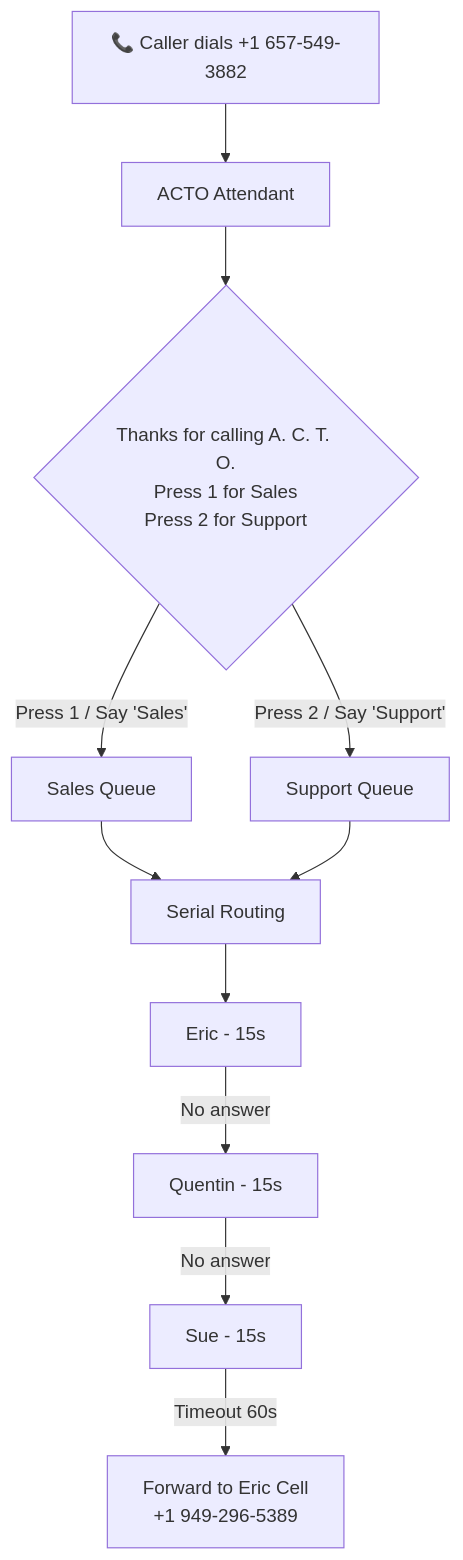
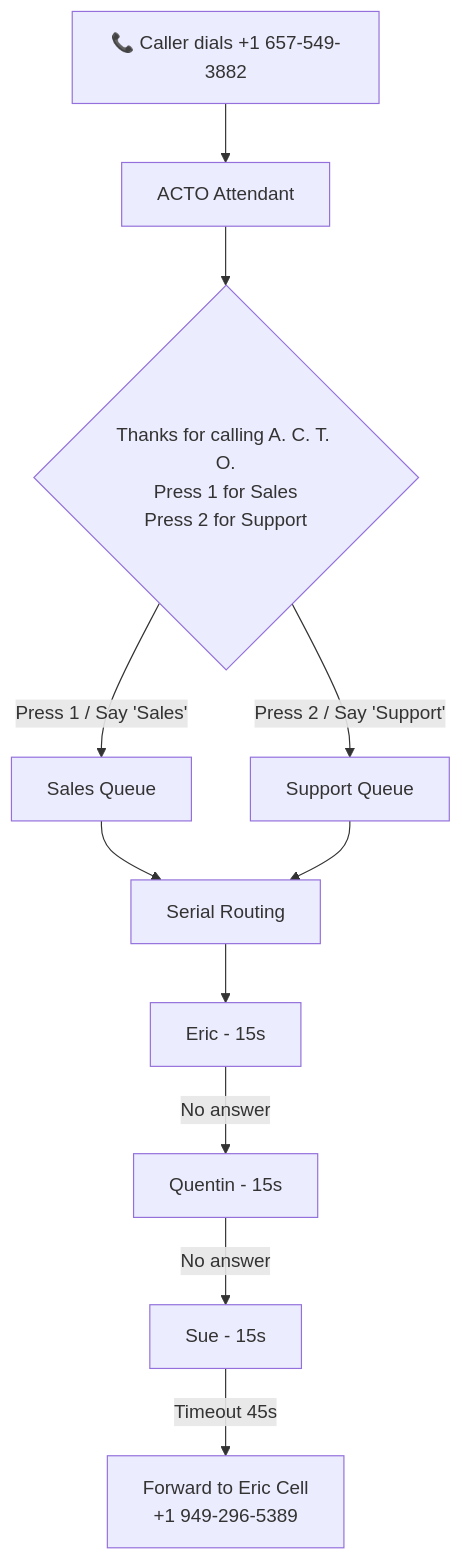
The diagram in teams-voice/docs/configuration-guide.md (ACTO-LLC/acto-infra), drawn with Mermaid before and after one commit. The commit also changed other lines of this file and 1 other file, not shown here.

First line of the commit message:
Update timeout to 45s and document limitations

````diff
--- a/teams-voice/docs/configuration-guide.md
+++ b/teams-voice/docs/configuration-guide.md
@@ -29,16 +29,16 @@
 ```mermaid
 flowchart TD
     A[📞 Caller dials +1 657-549-3882] --> B[ACTO Attendant]
     B --> C{"Thanks for calling A. C. T. O.<br/>Press 1 for Sales<br/>Press 2 for Support"}
 
     C -->|Press 1 / Say 'Sales'| D[Sales Queue]
     C -->|Press 2 / Say 'Support'| E[Support Queue]
 
     D --> F[Serial Routing]
     E --> F
 
     F --> G[Eric - 15s]
     G -->|No answer| H[Quentin - 15s]
     H -->|No answer| I[Sue - 15s]
-    I -->|Timeout 60s| J[Forward to Eric Cell<br/>+1 949-296-5389]
+    I -->|Timeout 45s| J[Forward to Eric Cell<br/>+1 949-296-5389]
 ```
````
